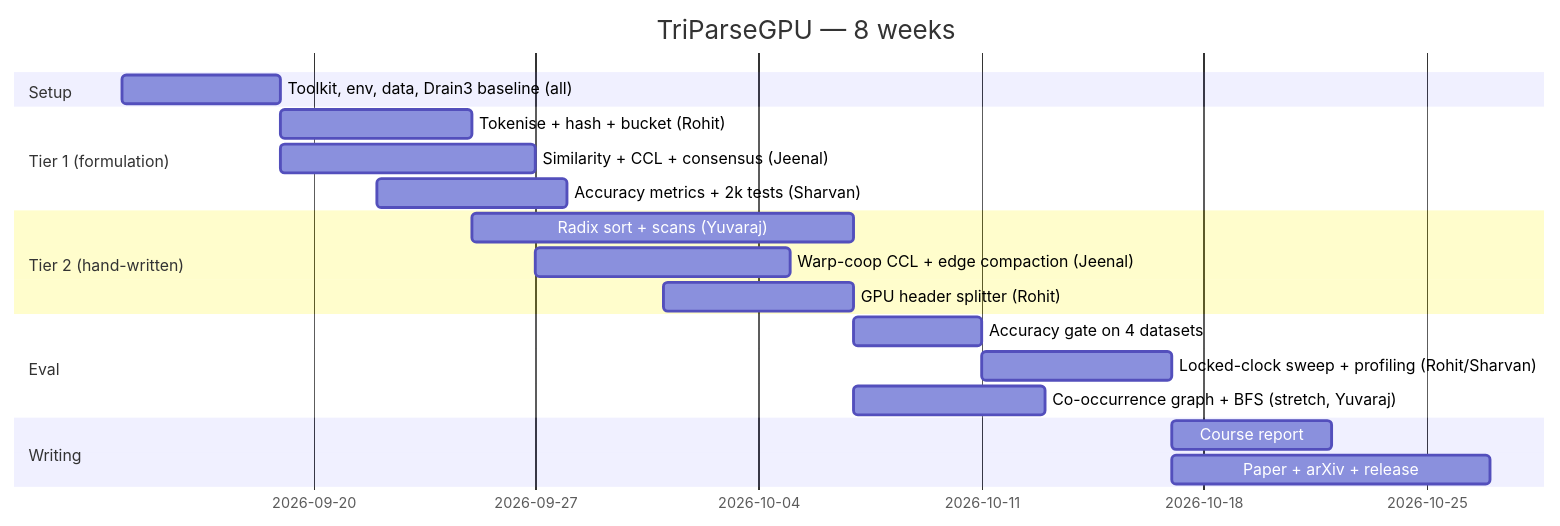
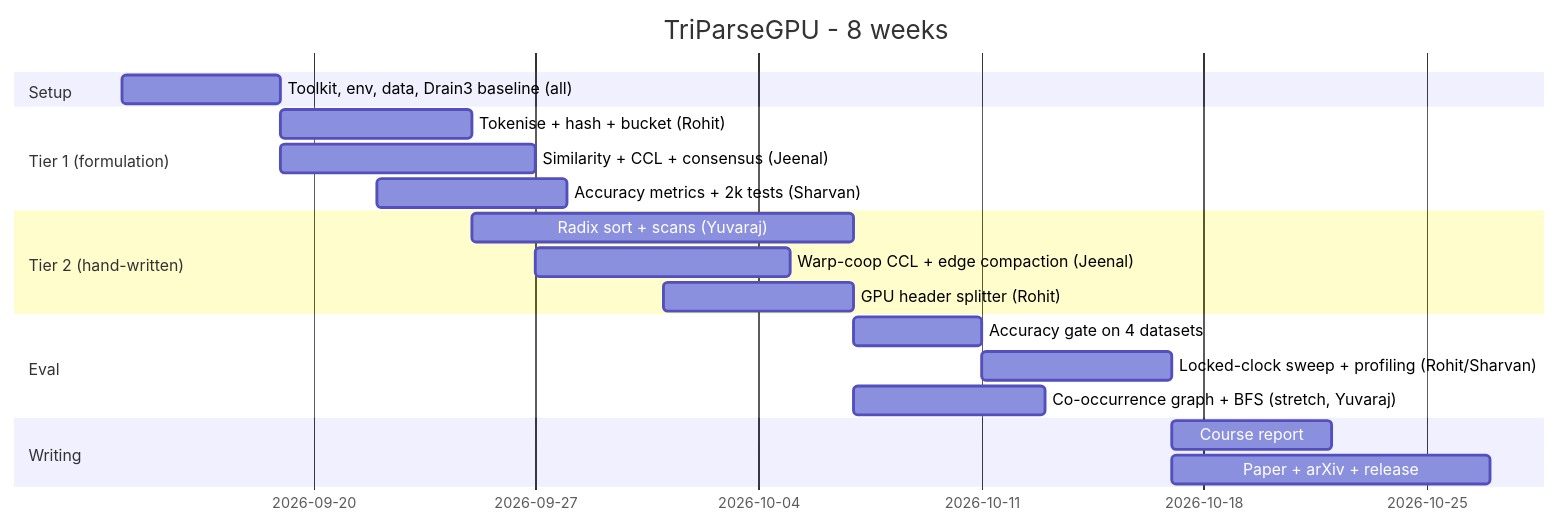
One commit to rpaut03l/triparsegpu changed the fourth of 4 diagrams in docs/DESIGN.md. Above: the diagram before and after it, drawn with Mermaid. The commit also changed other lines of this file, not shown here.

````diff
--- a/docs/DESIGN.md
+++ b/docs/DESIGN.md
@@ -614,22 +614,22 @@
 ```mermaid
 gantt
-    title TriParseGPU — 8 weeks
+    title TriParseGPU - 8 weeks
     dateFormat YYYY-MM-DD
     section Setup
     Toolkit, env, data, Drain3 baseline (all)     :a1, 2026-09-14, 5d
     section Tier 1 (formulation)
     Tokenise + hash + bucket (Rohit)               :b1, 2026-09-19, 6d
     Similarity + CCL + consensus (Jeenal)          :b2, 2026-09-19, 8d
     Accuracy metrics + 2k tests (Sharvan)          :b3, 2026-09-22, 6d
     section Tier 2 (hand-written)
     Radix sort + scans (Yuvaraj)                   :c1, 2026-09-25, 12d
     Warp-coop CCL + edge compaction (Jeenal)       :c2, 2026-09-27, 8d
     GPU header splitter (Rohit)                    :c3, 2026-10-01, 6d
     section Eval
     Accuracy gate on 4 datasets                    :d1, after c1, 4d
     Locked-clock sweep + profiling (Rohit/Sharvan) :d2, after d1, 6d
     Co-occurrence graph + BFS (stretch, Yuvaraj)   :d3, after c1, 6d
     section Writing
     Course report                                  :e1, after d2, 5d
     Paper + arXiv + release                        :e2, after d2, 10d
 ```
````
